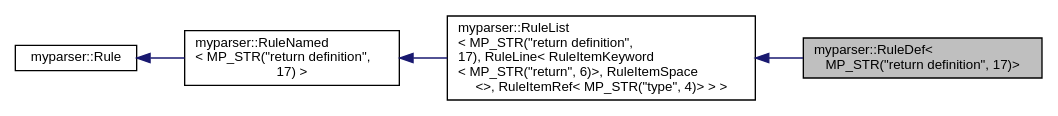
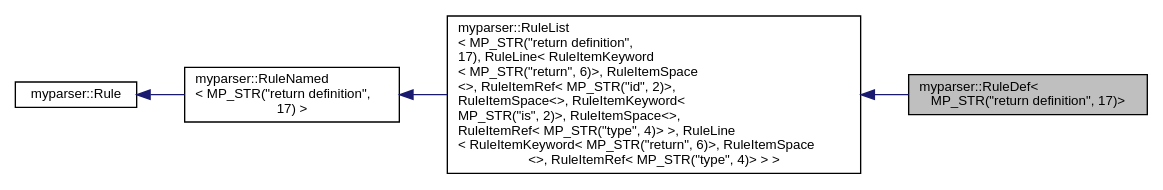
One commit to gaocegege/CompilerLab changed the diagram in classmyparser_1_1RuleDef_3_01MP__STR_07"return_01definition"_00_0117_08_4__coll__graph.dot. Above: the diagram before and after it, drawn with Graphviz. The commit also changed 675 other files, not shown here.

```diff
--- a/classmyparser_1_1RuleDef_3_01MP__STR_07"return_01definition"_00_0117_08_4__coll__graph.dot
+++ b/classmyparser_1_1RuleDef_3_01MP__STR_07"return_01definition"_00_0117_08_4__coll__graph.dot
@@ -1,13 +1,13 @@
 digraph "myparser::RuleDef&lt; MP_STR(&quot;return definition&quot;, 17)&gt;"
 {
   edge [fontname="Helvetica",fontsize="10",labelfontname="Helvetica",labelfontsize="10"];
   node [fontname="Helvetica",fontsize="10",shape=record];
   rankdir="LR";
   Node1 [label="myparser::RuleDef\<\l MP_STR(\"return definition\", 17)\>",height=0.2,width=0.4,color="black", fillcolor="grey75", style="filled" fontcolor="black"];
   Node2 -> Node1 [dir="back",color="midnightblue",fontsize="10",style="solid",fontname="Helvetica"];
-  Node2 [label="myparser::RuleList\l\< MP_STR(\"return definition\",\l 17), RuleLine\< RuleItemKeyword\l\< MP_STR(\"return\", 6)\>, RuleItemSpace\l\<\>, RuleItemRef\< MP_STR(\"type\", 4)\> \> \>",height=0.2,width=0.4,color="black", fillcolor="white", style="filled",URL="$classmyparser_1_1RuleList.html"];
+  Node2 [label="myparser::RuleList\l\< MP_STR(\"return definition\",\l 17), RuleLine\< RuleItemKeyword\l\< MP_STR(\"return\", 6)\>, RuleItemSpace\l\<\>, RuleItemRef\< MP_STR(\"id\", 2)\>,\l RuleItemSpace\<\>, RuleItemKeyword\<\l MP_STR(\"is\", 2)\>, RuleItemSpace\<\>,\l RuleItemRef\< MP_STR(\"type\", 4)\> \>, RuleLine\l\< RuleItemKeyword\< MP_STR(\"return\", 6)\>, RuleItemSpace\l\<\>, RuleItemRef\< MP_STR(\"type\", 4)\> \> \>",height=0.2,width=0.4,color="black", fillcolor="white", style="filled",URL="$classmyparser_1_1RuleList.html"];
   Node3 -> Node2 [dir="back",color="midnightblue",fontsize="10",style="solid",fontname="Helvetica"];
   Node3 [label="myparser::RuleNamed\l\< MP_STR(\"return definition\",\l 17) \>",height=0.2,width=0.4,color="black", fillcolor="white", style="filled",URL="$classmyparser_1_1RuleNamed.html"];
   Node4 -> Node3 [dir="back",color="midnightblue",fontsize="10",style="solid",fontname="Helvetica"];
   Node4 [label="myparser::Rule",height=0.2,width=0.4,color="black", fillcolor="white", style="filled",URL="$classmyparser_1_1Rule.html"];
 }
```
